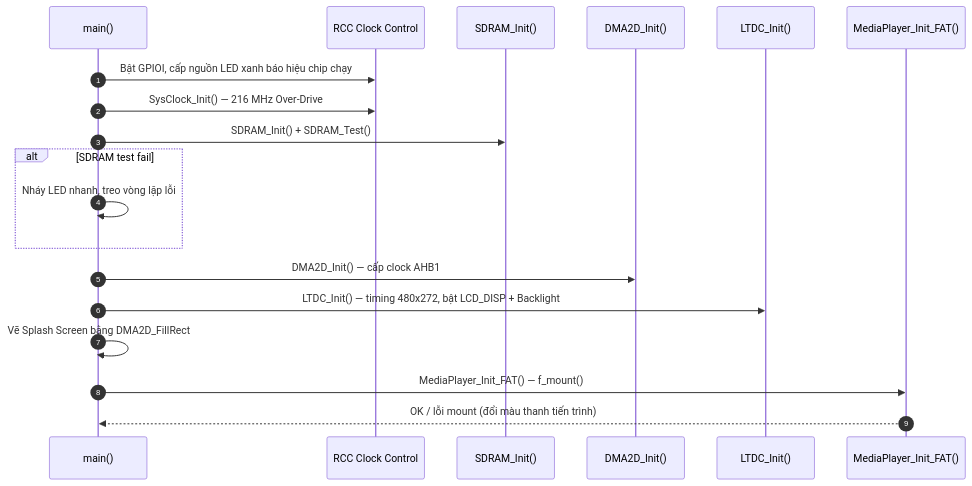
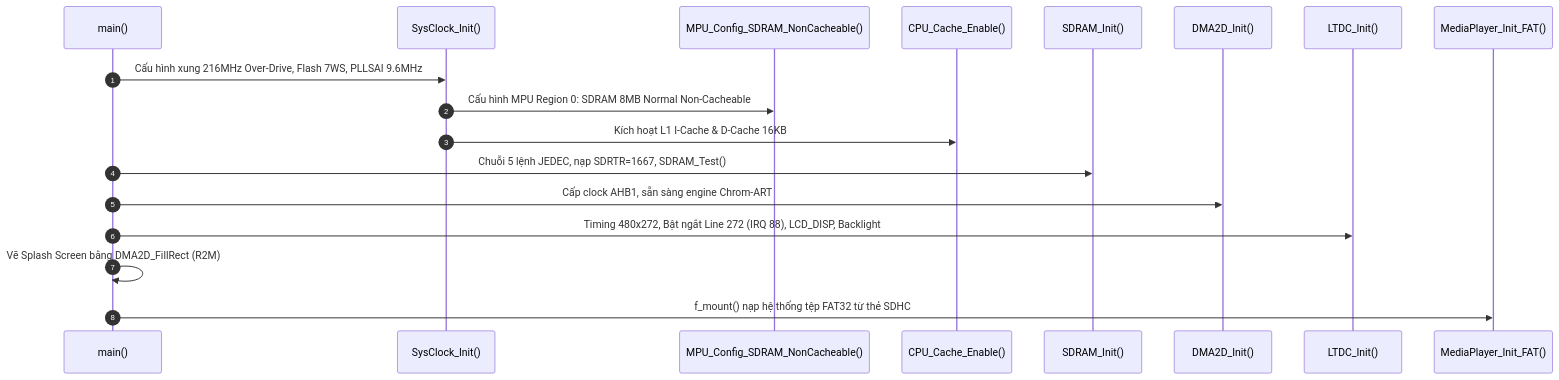
One commit to HuynhTran112/source changed the first of 3 diagrams in project2_video_playback_interview.md. Above: the diagram before and after it, drawn with Mermaid. The commit also changed other lines of this file, not shown here.

````diff
--- a/project2_video_playback_interview.md
+++ b/project2_video_playback_interview.md
@@ -298,22 +441,21 @@
 ```mermaid
 sequenceDiagram
     autonumber
     participant Main as main()
-    participant RCC as RCC Clock Control
+    participant RCC as SysClock_Init()
+    participant MPU as MPU_Config_SDRAM_NonCacheable()
+    participant Cache as CPU_Cache_Enable()
     participant FMC as SDRAM_Init()
     participant DMA2D as DMA2D_Init()
     participant LTDC as LTDC_Init()
     participant FAT as MediaPlayer_Init_FAT()
 
-    Main->>RCC: Bật GPIOI, cấp nguồn LED xanh báo hiệu chip chạy
-    Main->>RCC: SysClock_Init() — 216 MHz Over-Drive
-    Main->>FMC: SDRAM_Init() + SDRAM_Test()
-    alt SDRAM test fail
-        Main->>Main: Nháy LED nhanh, treo vòng lặp lỗi
-    end
-    Main->>DMA2D: DMA2D_Init() — cấp clock AHB1
-    Main->>LTDC: LTDC_Init() — timing 480x272, bật LCD_DISP + Backlight
-    Main->>Main: Vẽ Splash Screen bằng DMA2D_FillRect
-    Main->>FAT: MediaPlayer_Init_FAT() — f_mount()
-    FAT-->>Main: OK / lỗi mount (đổi màu thanh tiến trình)
+    Main->>RCC: Cấu hình xung 216MHz Over-Drive, Flash 7WS, PLLSAI 9.6MHz
+    RCC->>MPU: Cấu hình MPU Region 0: SDRAM 8MB Normal Non-Cacheable
+    RCC->>Cache: Kích hoạt L1 I-Cache & D-Cache 16KB
+    Main->>FMC: Chuỗi 5 lệnh JEDEC, nạp SDRTR=1667, SDRAM_Test()
+    Main->>DMA2D: Cấp clock AHB1, sẵn sàng engine Chrom-ART
+    Main->>LTDC: Timing 480x272, Bật ngắt Line 272 (IRQ 88), LCD_DISP, Backlight
+    Main->>Main: Vẽ Splash Screen bằng DMA2D_FillRect (R2M)
+    Main->>FAT: f_mount() nạp hệ thống tệp FAT32 từ thẻ SDHC
 ```
````
